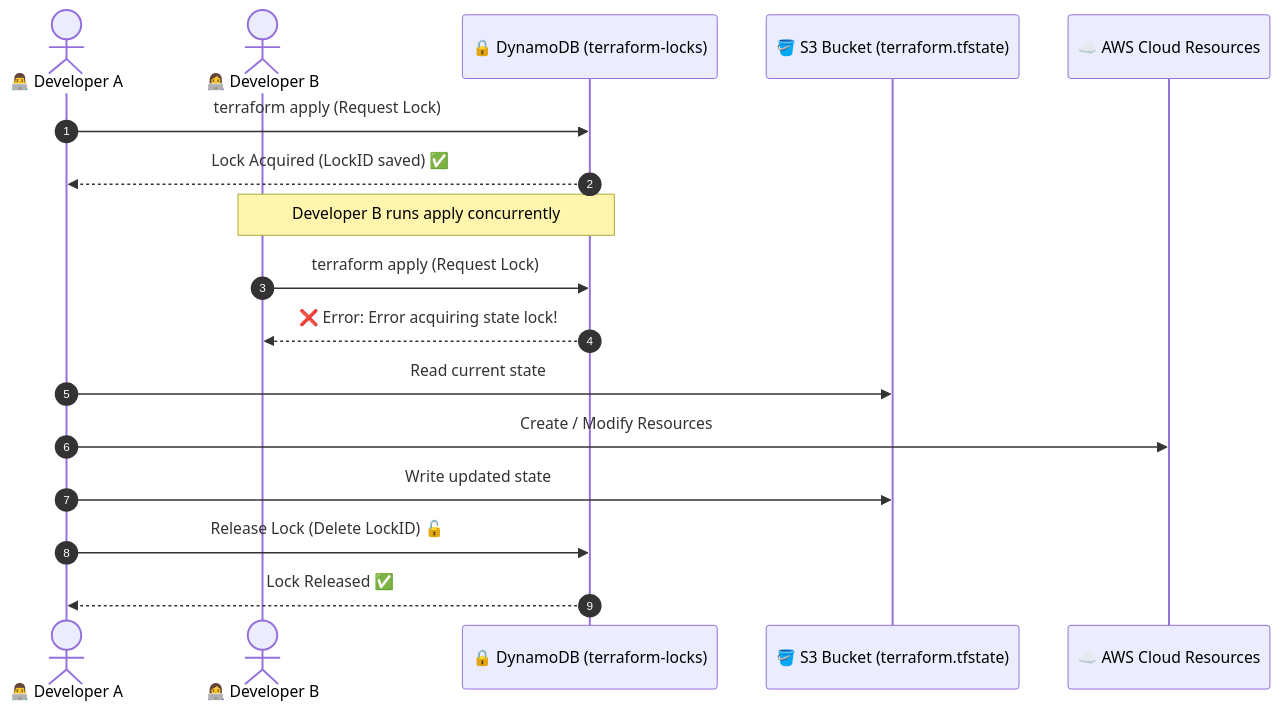
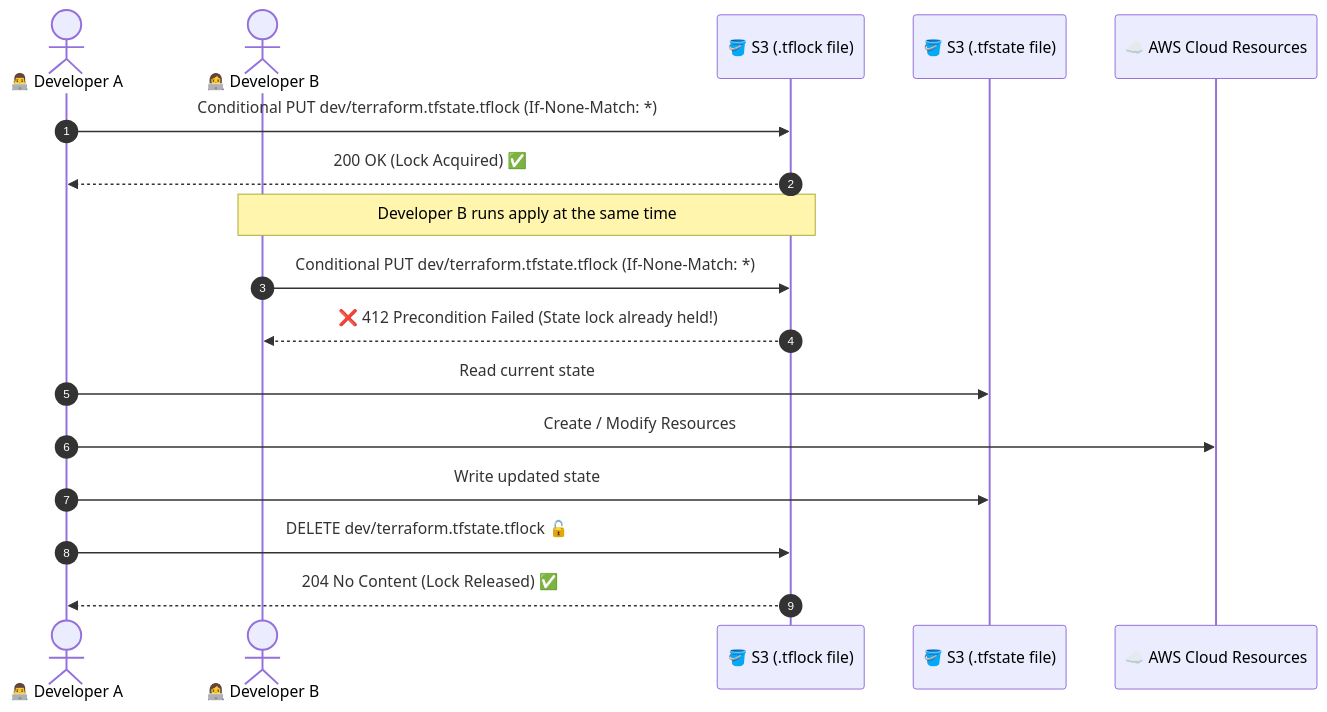
The first of 2 diagrams in Devops/006-Terraform/009-RemoteLocationSetup.md (Siddpawar9222/Obsidian-Vault), drawn with Mermaid before and after one commit. The commit also changed other lines of this file, not shown here.

````diff
--- a/Devops/006-Terraform/009-RemoteLocationSetup.md
+++ b/Devops/006-Terraform/009-RemoteLocationSetup.md
@@ -125,22 +37,22 @@
 ```mermaid
 sequenceDiagram
     autonumber
     actor DevA as 👨‍💻 Developer A
     actor DevB as 👩‍💻 Developer B
-    participant DDB as 🔒 DynamoDB (terraform-locks)
-    participant S3 as 🪣 S3 Bucket (terraform.tfstate)
+    participant S3Lock as 🪣 S3 (.tflock file)
+    participant S3State as 🪣 S3 (.tfstate file)
     participant AWS as ☁️ AWS Cloud Resources
 
-    DevA->>DDB: terraform apply (Request Lock)
-    DDB-->>DevA: Lock Acquired (LockID saved) ✅
+    DevA->>S3Lock: Conditional PUT dev/terraform.tfstate.tflock (If-None-Match: *)
+    S3Lock-->>DevA: 200 OK (Lock Acquired) ✅
 
-    Note over DevB,DDB: Developer B runs apply concurrently
-    DevB->>DDB: terraform apply (Request Lock)
-    DDB-->>DevB: ❌ Error: Error acquiring state lock!
+    Note over DevB,S3Lock: Developer B runs apply at the same time
+    DevB->>S3Lock: Conditional PUT dev/terraform.tfstate.tflock (If-None-Match: *)
+    S3Lock-->>DevB: ❌ 412 Precondition Failed (State lock already held!)
 
-    DevA->>S3: Read current state
+    DevA->>S3State: Read current state
     DevA->>AWS: Create / Modify Resources
-    DevA->>S3: Write updated state
-    DevA->>DDB: Release Lock (Delete LockID) 🔓
-    DDB-->>DevA: Lock Released ✅
+    DevA->>S3State: Write updated state
+    DevA->>S3Lock: DELETE dev/terraform.tfstate.tflock 🔓
+    S3Lock-->>DevA: 204 No Content (Lock Released) ✅
 ```
````
